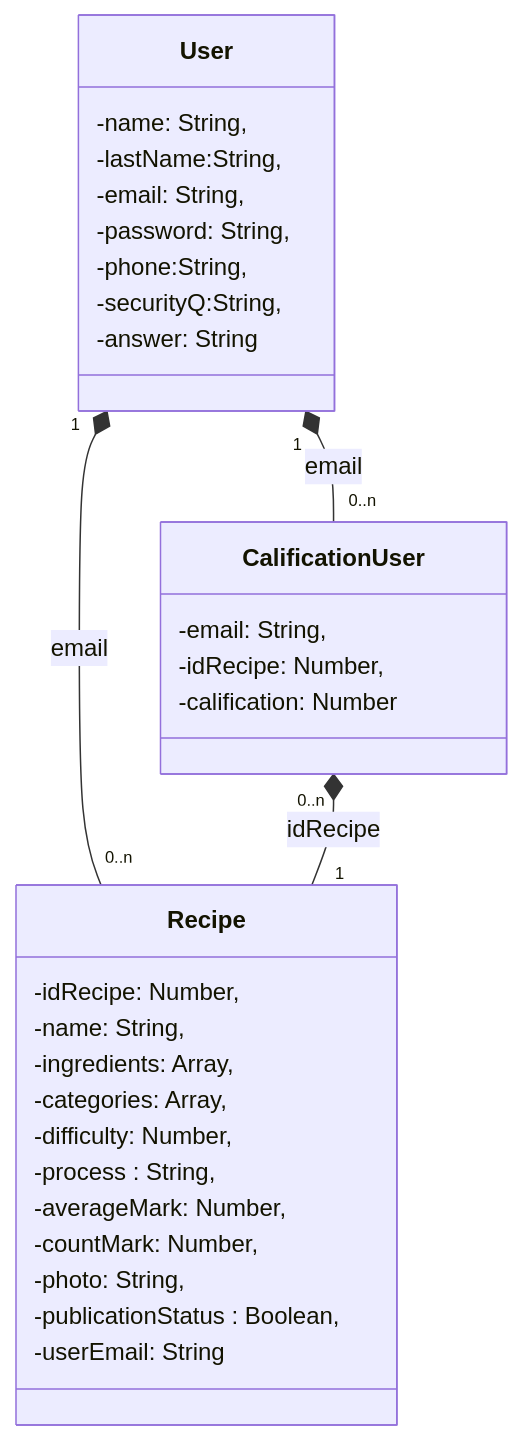
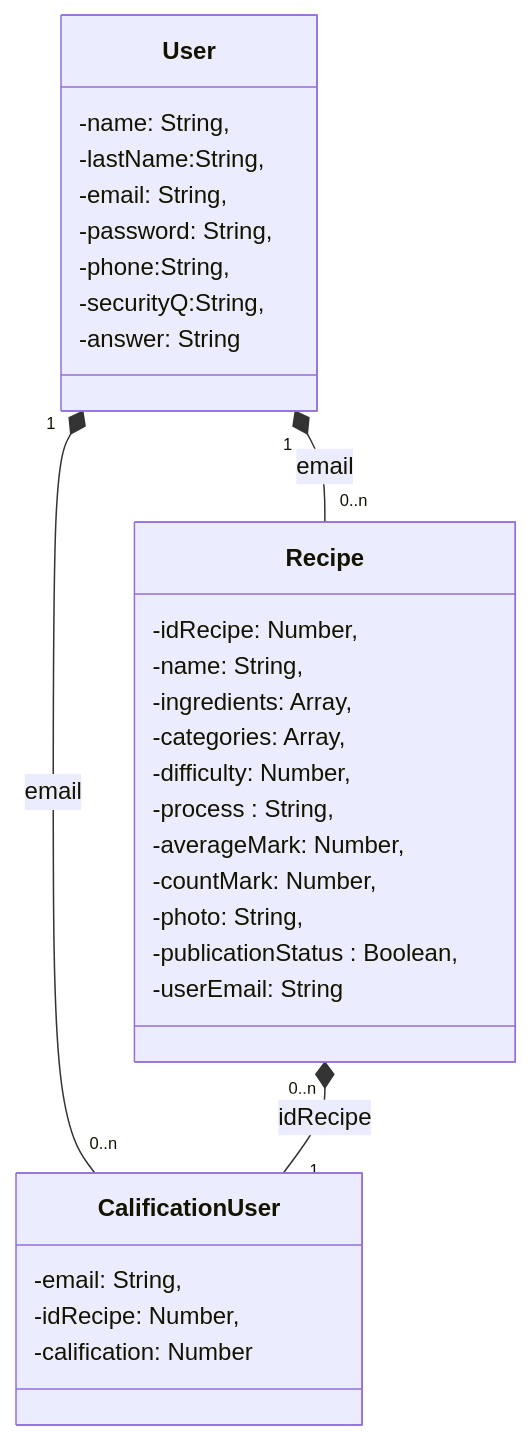
One commit to candelaesquivel/TPO_API_React changed the diagram in README.md. Above: the diagram before and after it, drawn with Mermaid.

````diff
--- a/README.md
+++ b/README.md
@@ -150,34 +150,34 @@
 ```mermaid
 classDiagram
  class User {
     -name: String,
     -lastName:String,
     -email: String,
     -password: String,
     -phone:String,
     -securityQ:String,
     -answer: String
   }
   class Recipe {
     -idRecipe: Number,
     -name: String,
     -ingredients: Array,
     -categories: Array,
     -difficulty: Number,
     -process : String,
     -averageMark: Number,
     -countMark: Number,
     -photo: String,
     -publicationStatus : Boolean,
     -userEmail: String 
     }
     class CalificationUser {
     -email: String,
     -idRecipe: Number,
      -calification: Number
     }
     
  User "1" *-- "0..n" Recipe : email
  User "1" *-- "0..n" CalificationUser : email
- CalificationUser "0..n" *-- "1" Recipe : idRecipe
+ Recipe "0..n" *-- "1" CalificationUser : idRecipe
 ```
````
